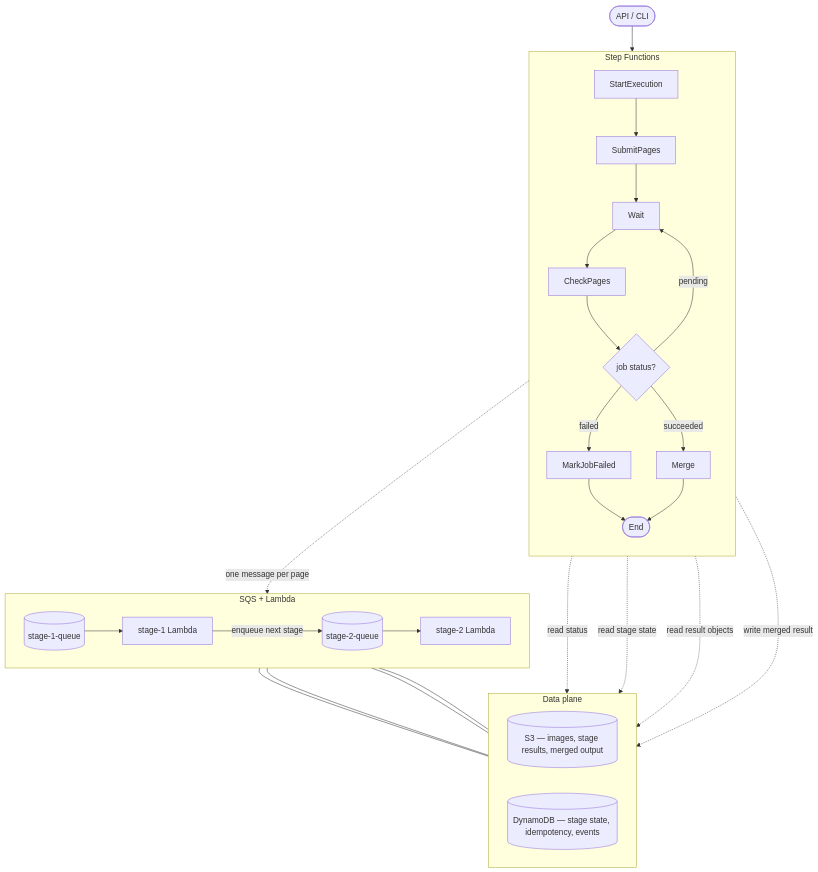
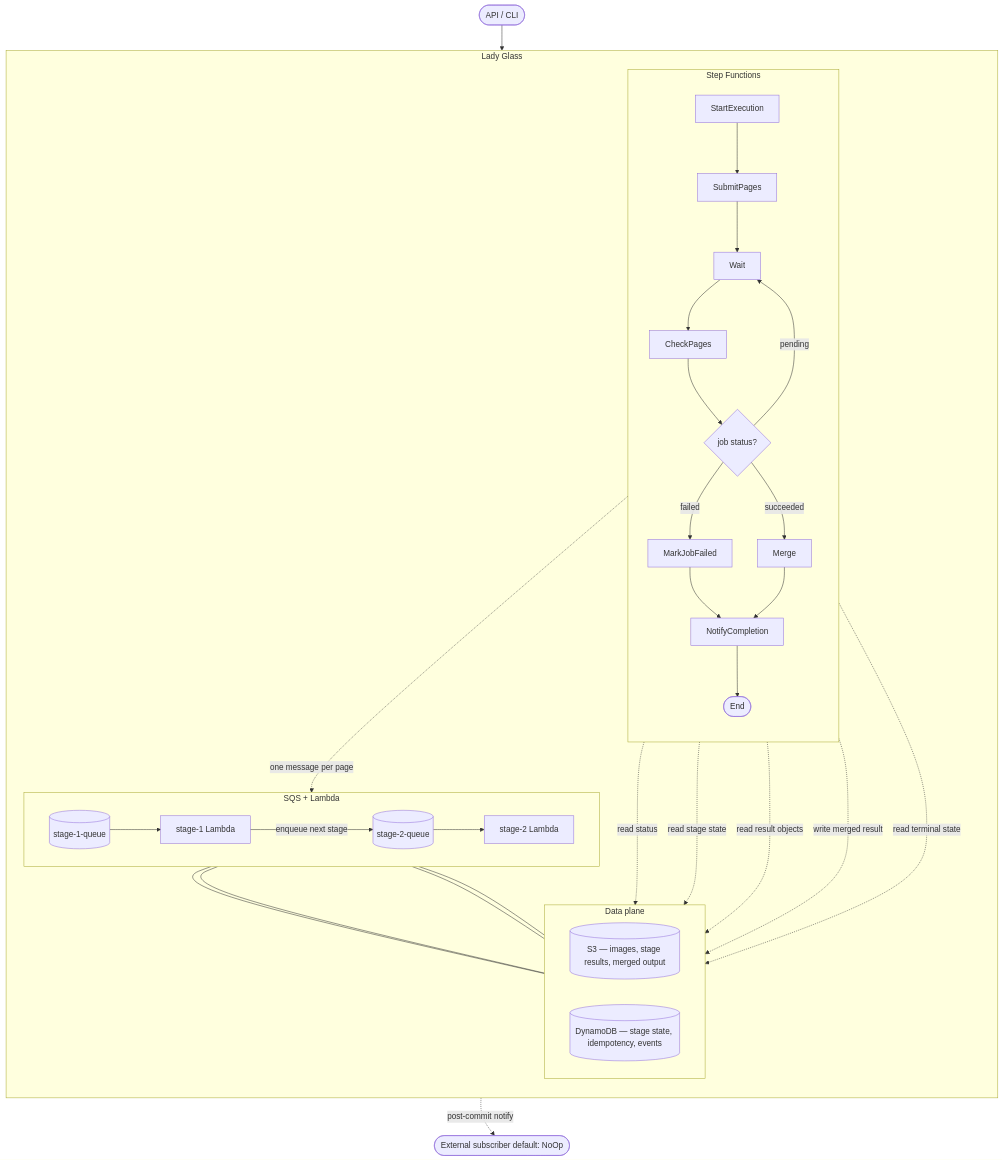
Before and after one commit to keix/lady-glass: the diagram in README.md, drawn with Mermaid. The commit also changed other lines of this file, not shown here.

First paragraph of the commit message:
README: surface NotifyCompletion in the Mermaid + tighten Post-Commit prose
The diagram still ended the SFN flow at Merge / MarkJobFailed, so a
reader following the architecture top-down had no visual evidence
of the §S11 observer that now sits between the terminal commit
and the execution end.

````diff
--- a/README.md
+++ b/README.md
@@ -19,41 +19,52 @@
 ```mermaid
 flowchart TB
     User([API / CLI]) --> StartExec[StartExecution]
 
-    subgraph SFN["Step Functions"]
+    subgraph LG["Lady Glass"]
         direction TB
-        StartExec --> SubmitPages
-        SubmitPages --> WaitLoop[Wait]
-        WaitLoop --> CheckPages
-        CheckPages --> Choice{job status?}
-        Choice -- pending --> WaitLoop
-        Choice -- failed --> MarkFailed[MarkJobFailed]
-        Choice -- succeeded --> Merge
-        MarkFailed --> Done([End])
-        Merge --> Done
+
+        subgraph SFN["Step Functions"]
+            direction TB
+            StartExec --> SubmitPages
+            SubmitPages --> WaitLoop[Wait]
+            WaitLoop --> CheckPages
+            CheckPages --> Choice{job status?}
+            Choice -- pending --> WaitLoop
+            Choice -- failed --> MarkFailed[MarkJobFailed]
+            Choice -- succeeded --> Merge
+            MarkFailed --> Notify[NotifyCompletion]
+            Merge --> Notify
+            Notify --> Done([End])
+        end
+
+        subgraph CHAIN["SQS + Lambda"]
+            direction LR
+            Q1[(stage-1-queue)] --> L1[stage-1 Lambda]
+            L1 -- enqueue next stage --> Q2[(stage-2-queue)]
+            Q2 --> L2[stage-2 Lambda]
+        end
+
+        subgraph DATA["Data plane"]
+            direction LR
+            S3[(S3 — images, stage results, merged output)]
+            DDB[(DynamoDB — stage state, idempotency, events)]
+        end
     end
 
-    subgraph CHAIN["SQS + Lambda"]
-        direction LR
-        Q1[(stage-1-queue)] --> L1[stage-1 Lambda]
-        L1 -- enqueue next stage --> Q2[(stage-2-queue)]
-        Q2 --> L2[stage-2 Lambda]
-    end
-
-    subgraph DATA["Data plane"]
-        direction LR
-        S3[(S3 — images, stage results, merged output)]
-        DDB[(DynamoDB — stage state, idempotency, events)]
-    end
+    Subscriber([External subscriber default: NoOp])
 
     SubmitPages -. one message per page .-> Q1
     CheckPages -. read status .-> DDB
     Merge -. read stage state .-> DDB
     Merge -. read result objects .-> S3
     Merge -. write merged result .-> S3
+    Notify -. read terminal state .-> DDB
+    Notify -. post-commit notify .-> Subscriber
 
     L1 --- S3
     L1 --- DDB
     L2 --- S3
     L2 --- DDB
+
+    Done ~~~ Subscriber
 ```
````
